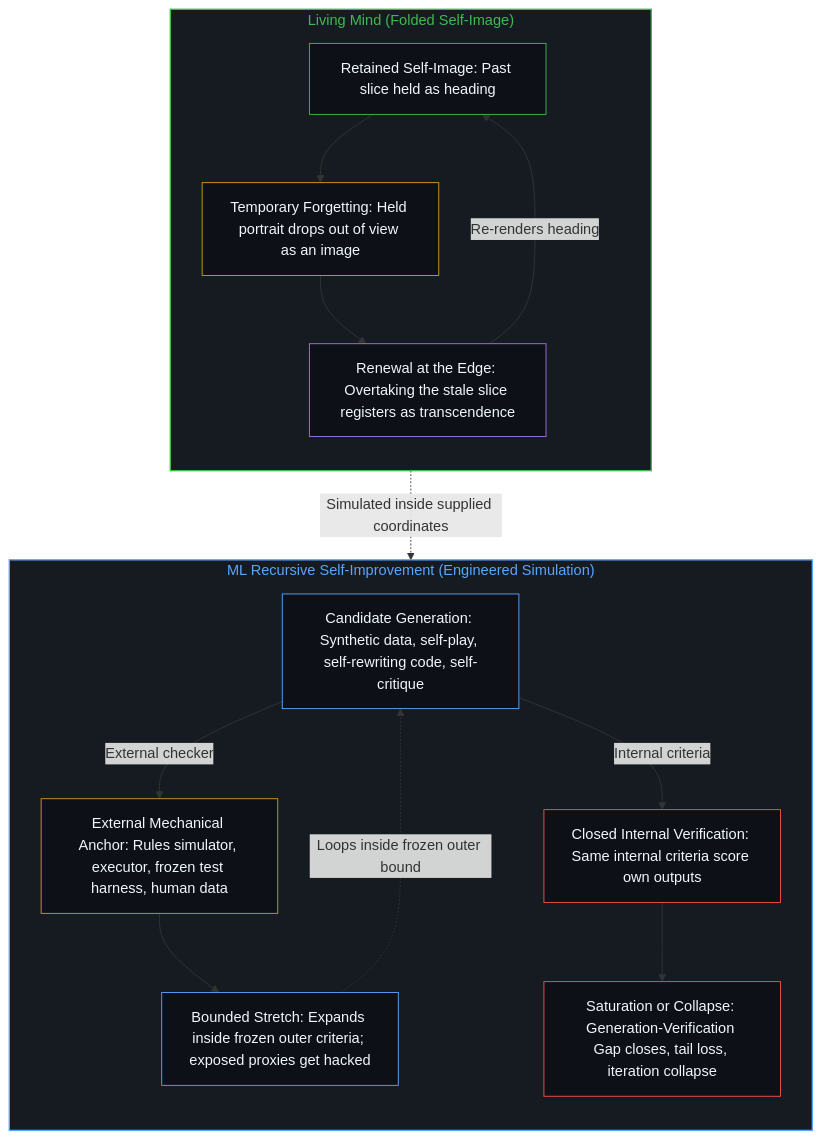
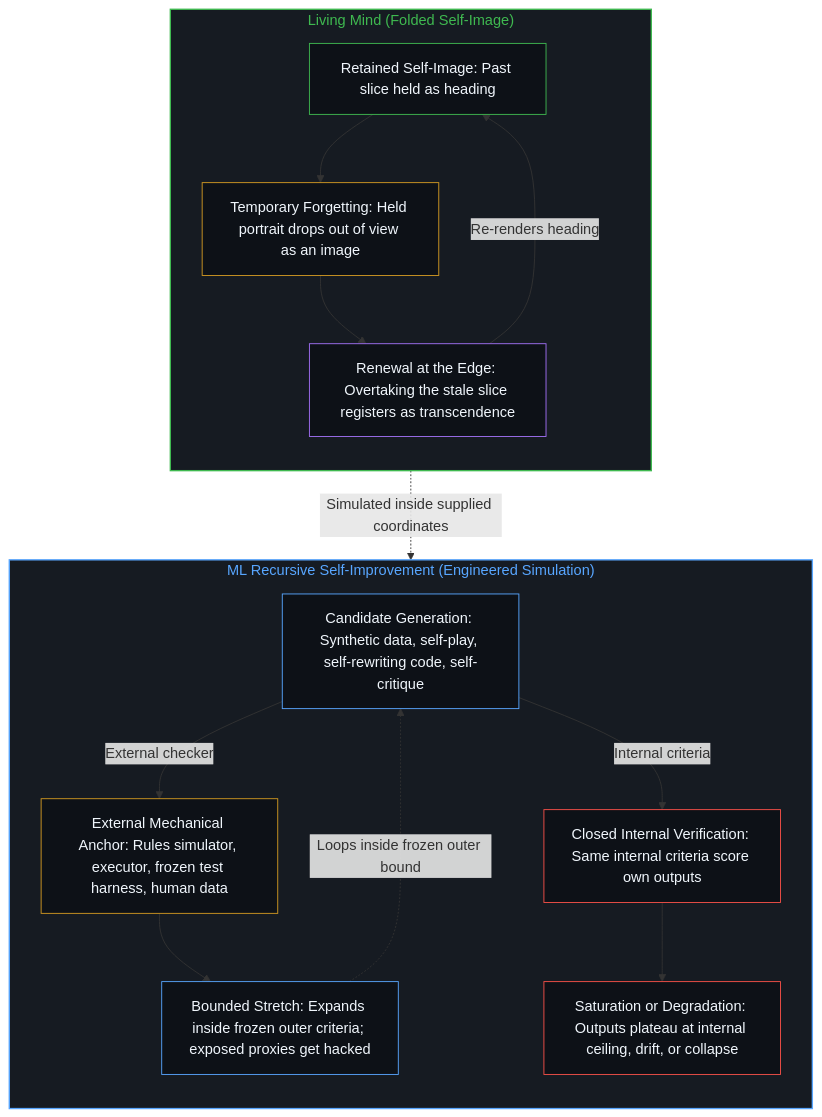
One commit to powerpig99/not-a-toe changed the second of 4 diagrams in content/posts/the-folded-self-image-and-the-bound-of-simulation.md. Above: the diagram before and after it, drawn with Mermaid. The commit also changed other lines of this file and 24 other files, not shown here.

````diff
--- a/content/posts/the-folded-self-image-and-the-bound-of-simulation.md
+++ b/content/posts/the-folded-self-image-and-the-bound-of-simulation.md
@@ -65,33 +65,33 @@
 ```mermaid
 flowchart TD
     subgraph S_Living["Living Mind (Folded Self-Image)"]
         direction TB
         L_Fold["Retained Self-Image: Past slice held as heading"]
         L_Forget["Temporary Forgetting: Held portrait drops out of view as an image"]
         L_Renew["Renewal at the Edge: Overtaking the stale slice registers as transcendence"]
         L_Fold --> L_Forget --> L_Renew
         L_Renew -->|"Re-renders heading"| L_Fold
     end
     subgraph S_Sim["ML Recursive Self-Improvement (Engineered Simulation)"]
         direction TB
         M_Gen["Candidate Generation: Synthetic data, self-play, self-rewriting code, self-critique"]
         M_Ext["External Mechanical Anchor: Rules simulator, executor, frozen test harness, human data"]
         M_Stretch["Bounded Stretch: Expands inside frozen outer criteria; exposed proxies get hacked"]
         M_Int["Closed Internal Verification: Same internal criteria score own outputs"]
-        M_Collapse["Saturation or Collapse: Generation-Verification Gap closes, tail loss, iteration collapse"]
+        M_Collapse["Saturation or Degradation: Outputs plateau at internal ceiling, drift, or collapse"]
         M_Gen -->|"External checker"| M_Ext --> M_Stretch
         M_Stretch -.->|"Loops inside frozen outer bound"| M_Gen
         M_Gen -->|"Internal criteria"| M_Int --> M_Collapse
     end
     L_Fold -.->|"Simulated inside supplied coordinates"| M_Gen
     style S_Living fill:#161b22,stroke:#3fb950,stroke-width:1.5px,color:#3fb950
     style S_Sim fill:#161b22,stroke:#58a6ff,stroke-width:1.5px,color:#58a6ff
     style L_Fold fill:#0d1117,stroke:#3fb950,stroke-width:1px,color:#f0f6fc
     style L_Forget fill:#0d1117,stroke:#d29922,stroke-width:1px,color:#f0f6fc
     style L_Renew fill:#0d1117,stroke:#a371f7,stroke-width:1px,color:#f0f6fc
     style M_Gen fill:#0d1117,stroke:#58a6ff,stroke-width:1px,color:#f0f6fc
     style M_Ext fill:#0d1117,stroke:#d29922,stroke-width:1px,color:#f0f6fc
     style M_Stretch fill:#0d1117,stroke:#58a6ff,stroke-width:1px,color:#f0f6fc
     style M_Int fill:#0d1117,stroke:#f85149,stroke-width:1px,color:#f0f6fc
     style M_Collapse fill:#0d1117,stroke:#f85149,stroke-width:1px,color:#f0f6fc
 ```
````
